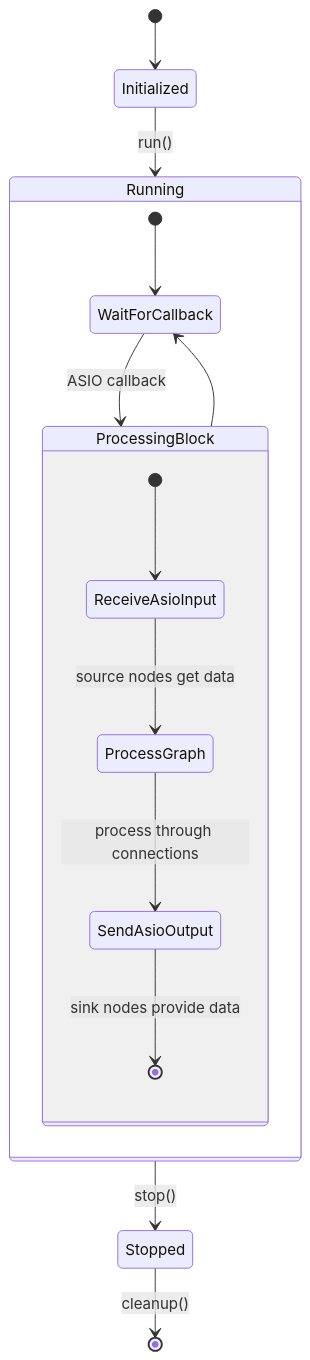
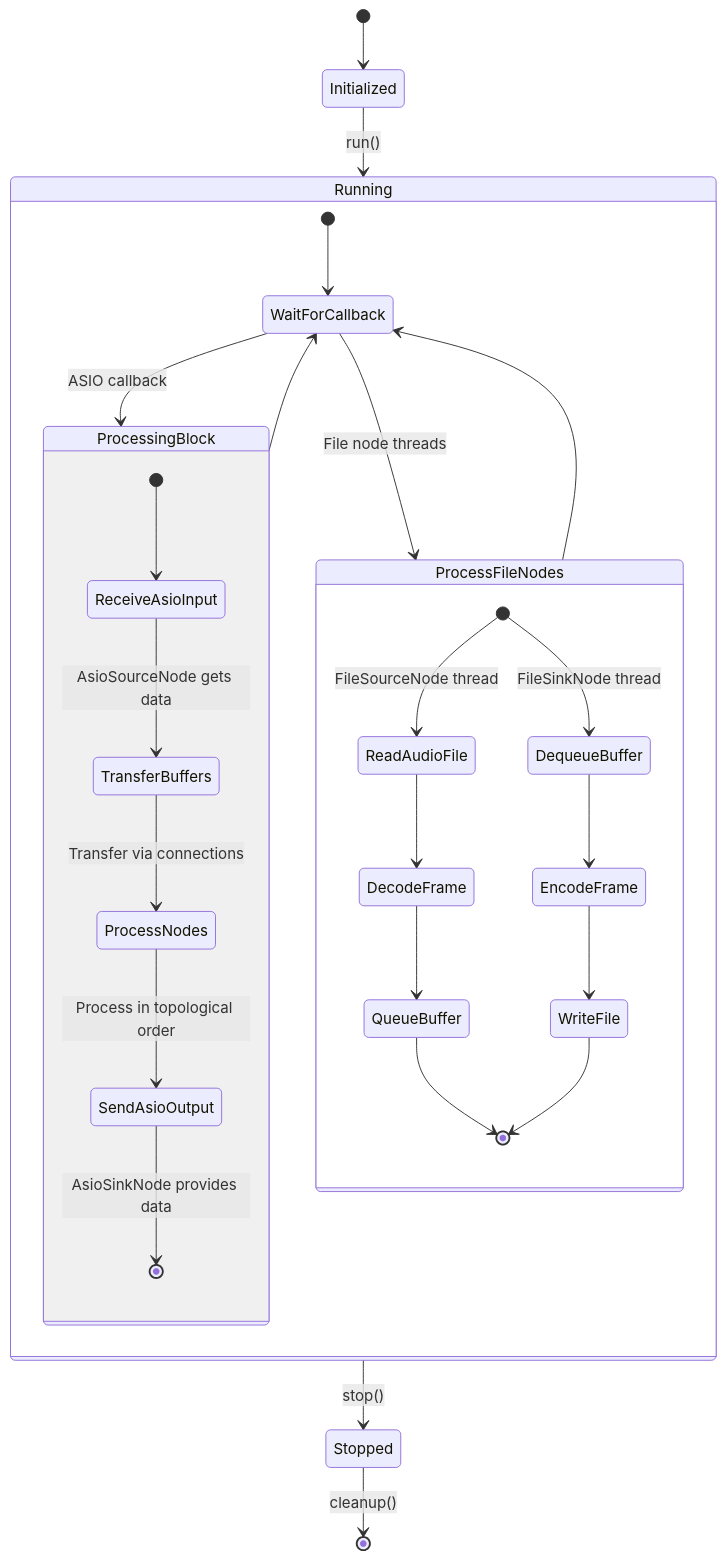
The fourth of 4 diagrams in src/AudioEngine/MERMAID.md (david-t-martel/oscmex), drawn with Mermaid before and after one commit. The commit also changed other lines of this file and 11 other files, not shown here.

First line of the commit message:
Refactor AudioNode and related classes for improved structure and functionality

````diff
--- a/src/AudioEngine/MERMAID.md
+++ b/src/AudioEngine/MERMAID.md
@@ -275,20 +359,36 @@
 ```mermaid
 stateDiagram-v2
     [*] --> Initialized
     Initialized --> Running: run()
     Running --> Stopped: stop()
     Stopped --> [*]: cleanup()
 
     state Running {
         [*] --> WaitForCallback
         WaitForCallback --> ProcessingBlock: ASIO callback
         ProcessingBlock --> WaitForCallback
 
+        WaitForCallback --> ProcessFileNodes: File node threads
+        ProcessFileNodes --> WaitForCallback
+
         state ProcessingBlock {
             [*] --> ReceiveAsioInput
-            ReceiveAsioInput --> ProcessGraph: source nodes get data
-            ProcessGraph --> SendAsioOutput: process through connections
-            SendAsioOutput --> [*]: sink nodes provide data
+            ReceiveAsioInput --> TransferBuffers: AsioSourceNode gets data
+            TransferBuffers --> ProcessNodes: Transfer via connections
+            ProcessNodes --> SendAsioOutput: Process in topological order
+            SendAsioOutput --> [*]: AsioSinkNode provides data
         }
     }
+
+    state ProcessFileNodes {
+        [*] --> ReadAudioFile: FileSourceNode thread
+        ReadAudioFile --> DecodeFrame
+        DecodeFrame --> QueueBuffer
+        QueueBuffer --> [*]
+
+        [*] --> DequeueBuffer: FileSinkNode thread
+        DequeueBuffer --> EncodeFrame
+        EncodeFrame --> WriteFile
+        WriteFile --> [*]
+    }
 ```
````
